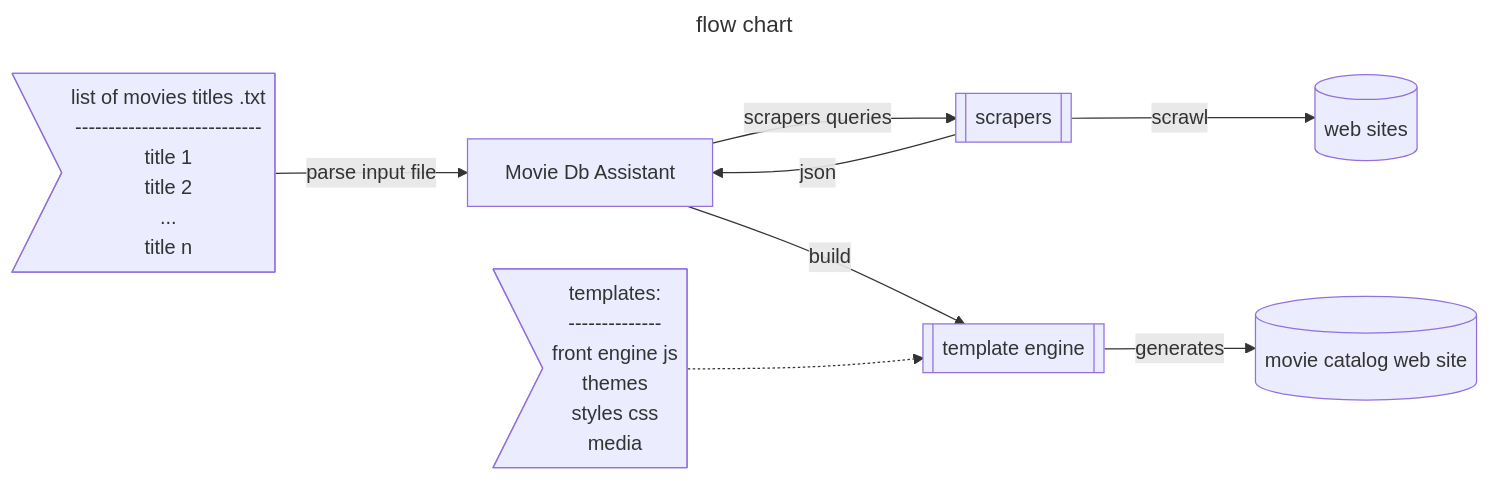
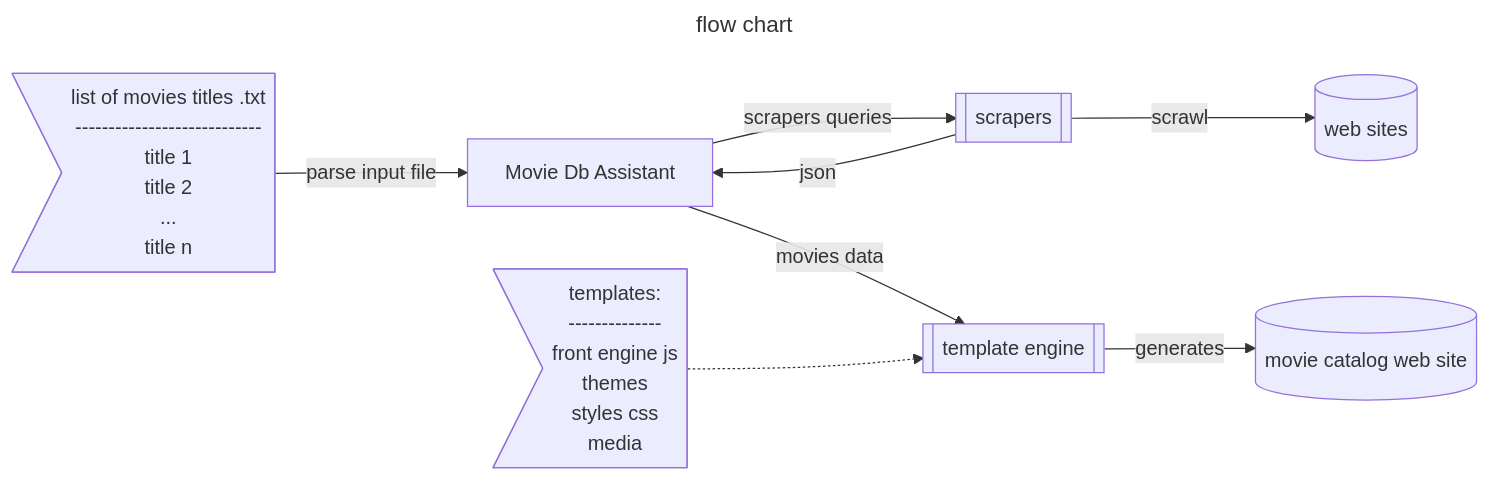
The diagram in README.md (franck-gaspoz/franck-gaspoz), drawn with Mermaid before and after one commit.

````diff
--- a/README.md
+++ b/README.md
@@ -20,25 +20,25 @@
 ```mermaid
 ---
 title: flow chart
 ---
     flowchart LR
 
     txt>list of movies titles .txt<br>----------------------------<br>title 1<br>title 2<br>...<br>title n<br>]
     mdba[Movie Db Assistant]
     scrapers[[scrapers]]
     websites[(web sites)]
     tple[[template engine]]
     tpls>templates:<br>--------------<br>front engine js<br>themes<br>styles css<br>media]
     mvc[(movie catalog web site)]
 
     txt-- parse input file -->mdba
 
     mdba-- scrapers queries -->scrapers
-    mdba-- build -->tple
+    mdba-- movies data -->tple
 
     scrapers-- json -->mdba
     scrapers-- scrawl -->websites 
 
     tpls-.->tple
     tple-- generates -->mvc 
 ```
````
